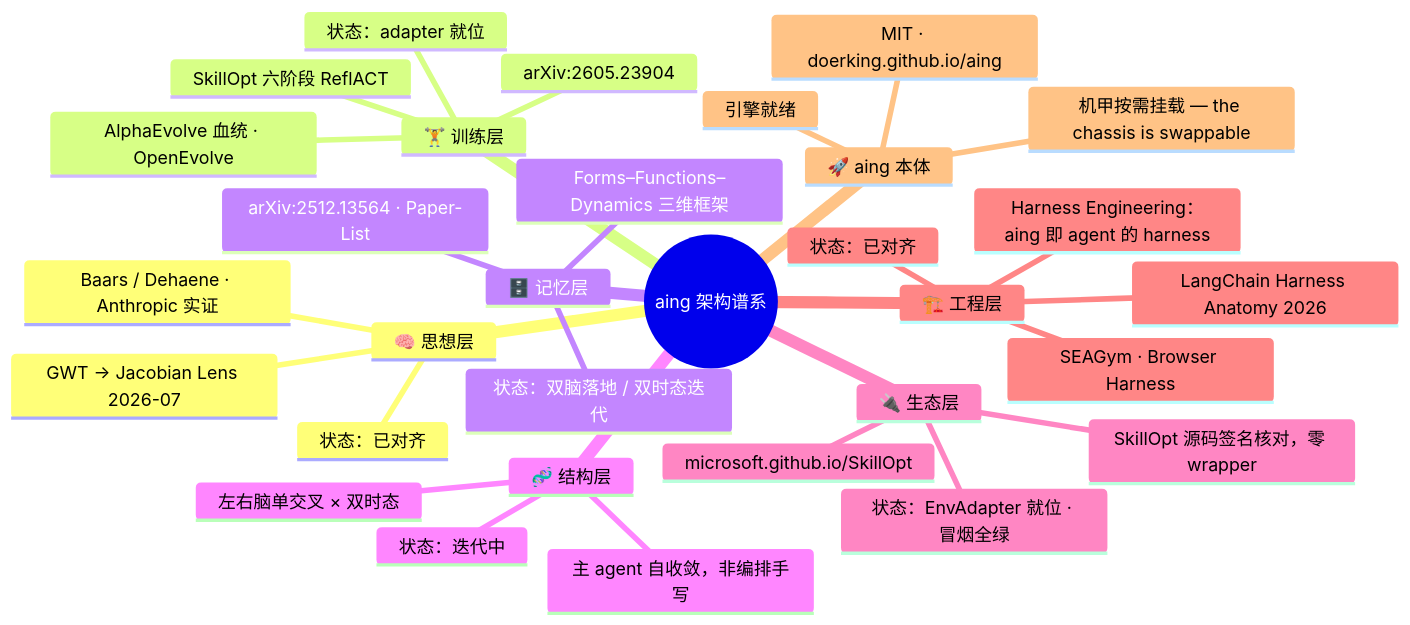
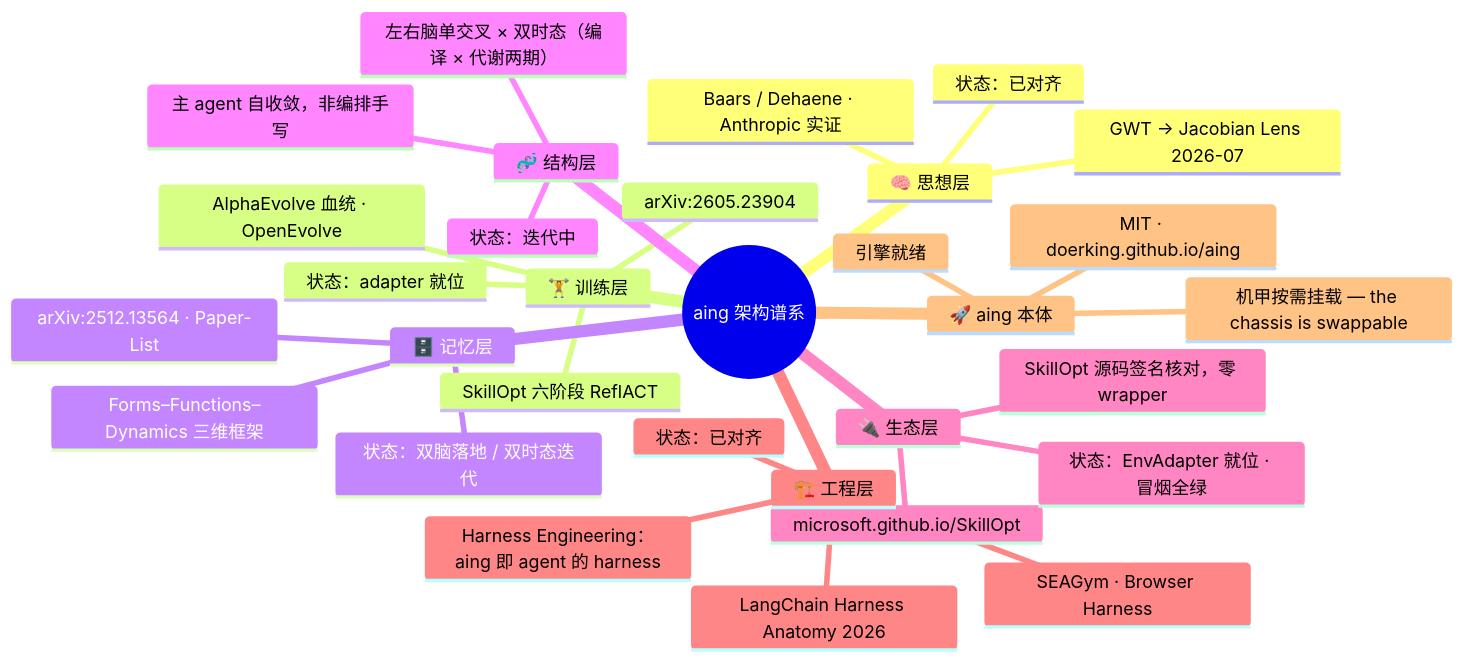
Before and after one commit to doerking/aing: the diagram in README.md, drawn with Mermaid. The commit also changed other lines of this file and 3 other files, not shown here.

````diff
--- a/README.md
+++ b/README.md
@@ -526,34 +526,34 @@
 ```mermaid
 mindmap
   root((aing 架构谱系))
     🧠 思想层
       GWT → Jacobian Lens 2026-07
       Baars / Dehaene · Anthropic 实证
       状态：已对齐
     🏋️ 训练层
       SkillOpt 六阶段 ReflACT
       AlphaEvolve 血统 · OpenEvolve
       arXiv:2605.23904
       状态：adapter 就位
     🗄️ 记忆层
       Forms–Functions–Dynamics 三维框架
       arXiv:2512.13564 · Paper-List
       状态：双脑落地 / 双时态迭代
     🧬 结构层
-      左右脑单交叉 × 双时态
+      左右脑单交叉 × 双时态（编译 × 代谢两期）
       主 agent 自收敛，非编排手写
       状态：迭代中
     🔌 生态层
       SkillOpt 源码签名核对，零 wrapper
       microsoft.github.io/SkillOpt
       状态：EnvAdapter 就位 · 冒烟全绿
     🏗️ 工程层
       Harness Engineering：aing 即 agent 的 harness
       LangChain Harness Anatomy 2026
       SEAGym · Browser Harness
       状态：已对齐
     🚀 aing 本体
       引擎就绪
       机甲按需挂载 — the chassis is swappable
       MIT · doerking.github.io/aing
 ```
````
